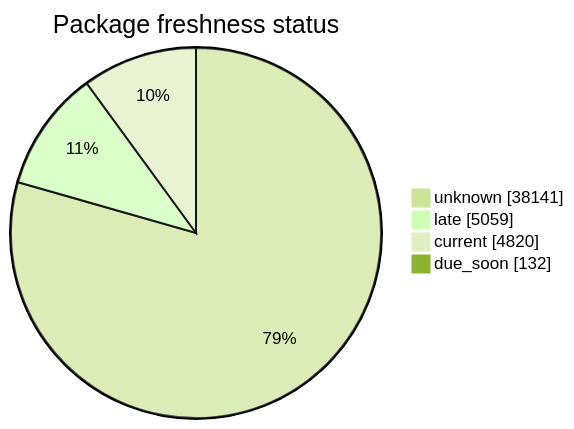
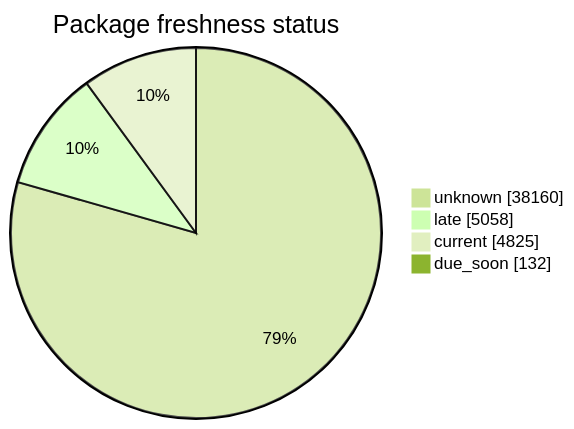
Before and after one commit to open-data/analytics-corporate-reporting: the second of 5 diagrams in FreshCheck/README.md, drawn with Mermaid (forest theme). The commit also changed other lines of this file and 3 other files, not shown here.

````diff
--- a/FreshCheck/README.md
+++ b/FreshCheck/README.md
@@ -68,7 +68,7 @@
 ```mermaid
 pie showData title Package freshness status
-    "unknown": 38141
-    "late": 5059
-    "current": 4820
+    "unknown": 38160
+    "late": 5058
+    "current": 4825
     "due_soon": 132
 ```
````
